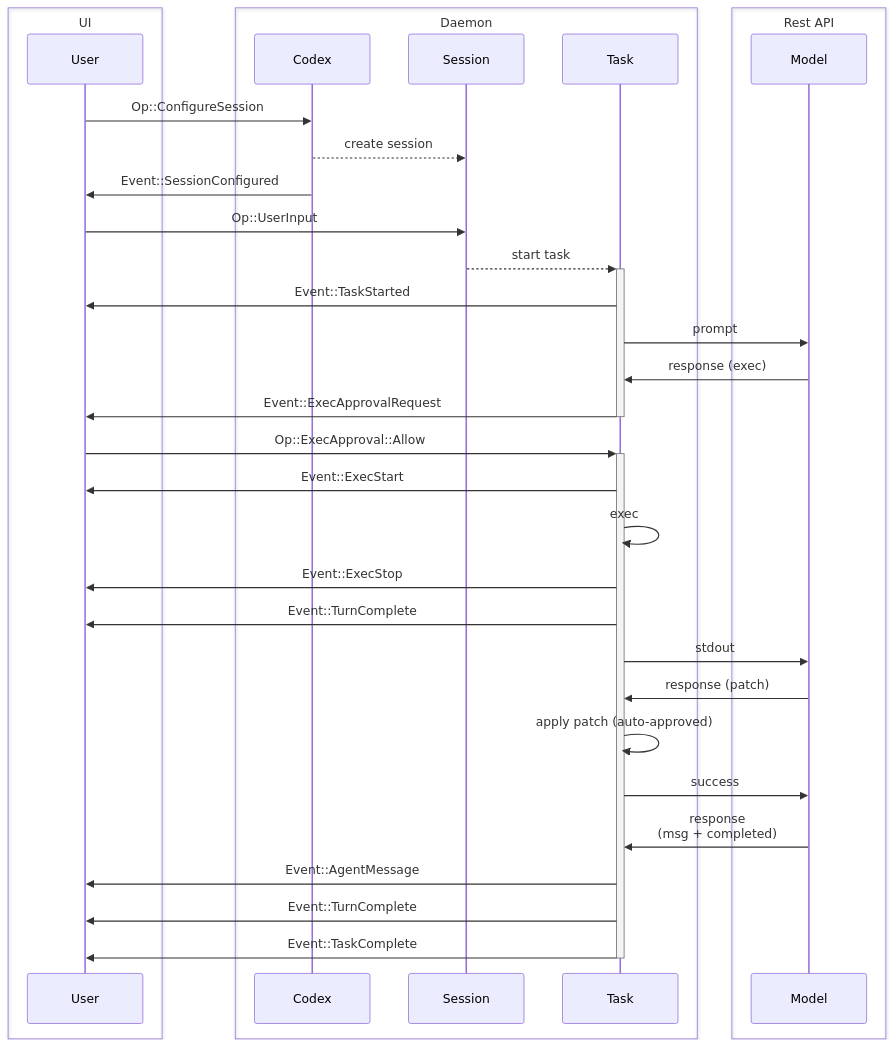
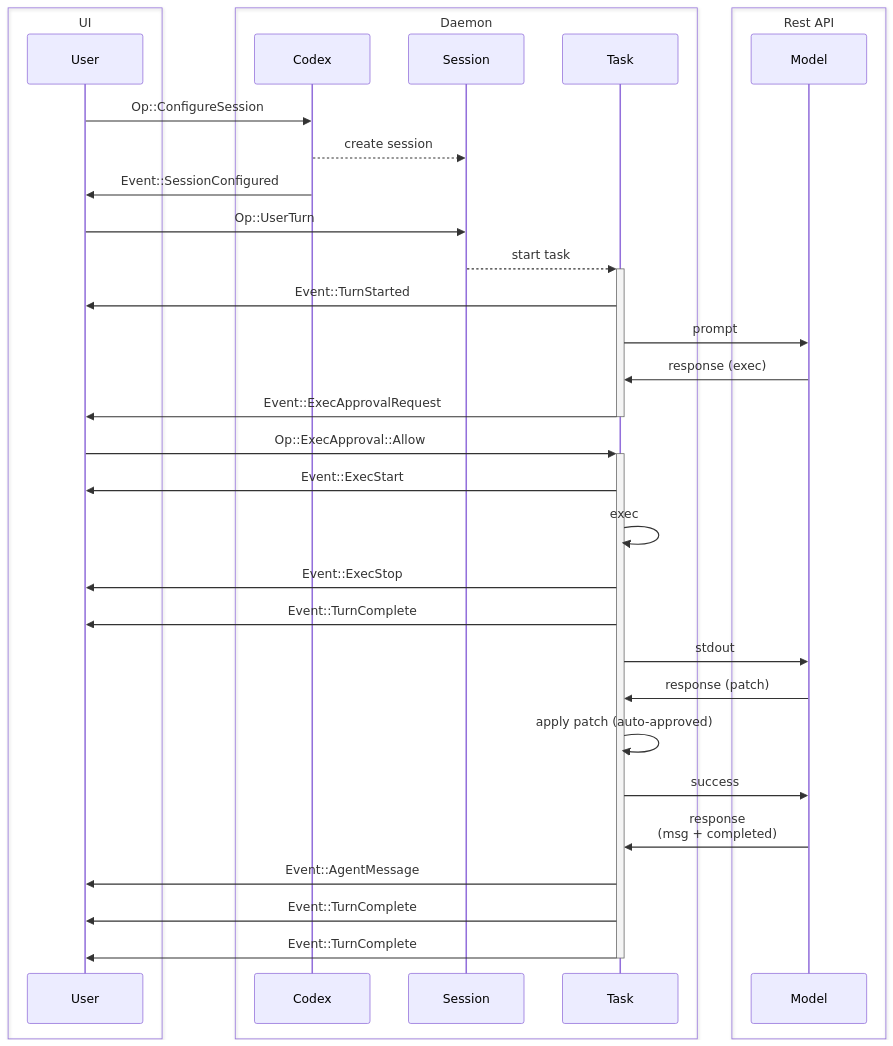
One commit to hanzoai/dev changed the first of 2 diagrams in codex-rs/docs/protocol_v1.md. Above: the diagram before and after it, drawn with Mermaid. The commit also changed other lines of this file and 6998 other files, not shown here.

````diff
--- a/codex-rs/docs/protocol_v1.md
+++ b/codex-rs/docs/protocol_v1.md
@@ -94,36 +117,36 @@
 ```mermaid
 sequenceDiagram
     box UI
     participant user as User
     end
     box Daemon
     participant codex as Codex
     participant session as Session
     participant task as Task
     end
     box Rest API
     participant agent as Model
     end
     user->>codex: Op::ConfigureSession
     codex-->>session: create session
     codex->>user: Event::SessionConfigured
-    user->>session: Op::UserInput
+    user->>session: Op::UserTurn
     session-->>+task: start task
-    task->>user: Event::TaskStarted
+    task->>user: Event::TurnStarted
     task->>agent: prompt
     agent->>task: response (exec)
     task->>-user: Event::ExecApprovalRequest
     user->>+task: Op::ExecApproval::Allow
     task->>user: Event::ExecStart
     task->>task: exec
     task->>user: Event::ExecStop
     task->>user: Event::TurnComplete
     task->>agent: stdout
     agent->>task: response (patch)
     task->>task: apply patch (auto-approved)
     task->>agent: success
     agent->>task: response<br/>(msg + completed)
     task->>user: Event::AgentMessage
     task->>user: Event::TurnComplete
-    task->>-user: Event::TaskComplete
+    task->>-user: Event::TurnComplete
 ```
````
